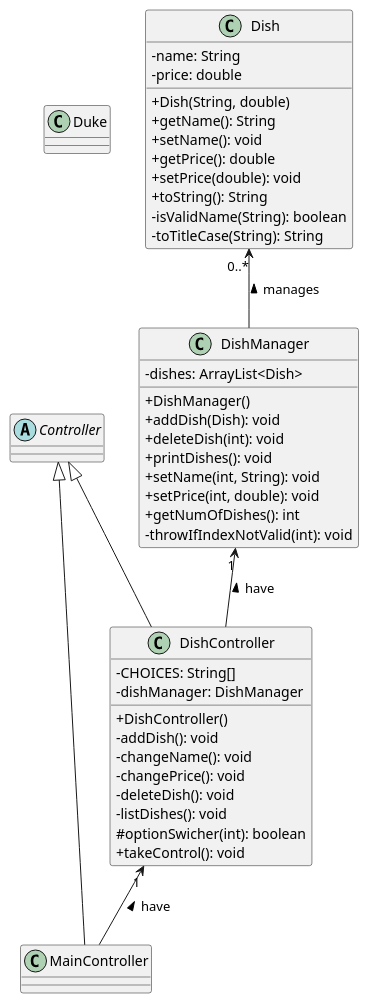
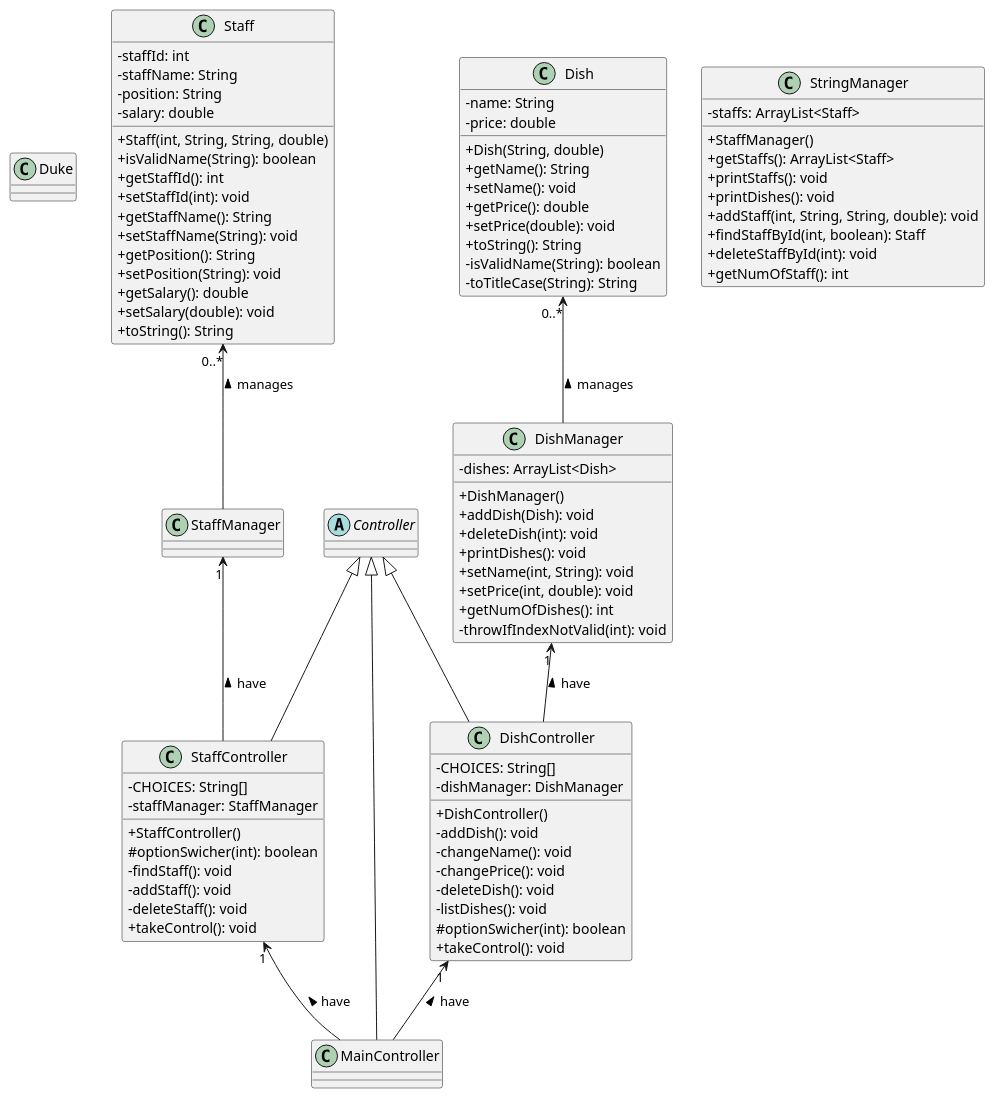
The diagram in docs/UML.puml (nus-cs2113-AY2122S2/tp), drawn with PlantUML before and after one commit.

Commit message:
UML diagram update for staff

```diff
--- a/docs/UML.puml
+++ b/docs/UML.puml
@@ -1,65 +1,114 @@
 @startuml
 'https://plantuml.com/class-diagram
 skinparam classAttributeIconSize 0
 
 class Duke {
 
 }
 
 class MainController {
 
 }
 Controller <|-- MainController
 DishController "1" <-- MainController: have <
 
 abstract class Controller {
 
 }
 
 
 class Dish {
     -name: String
     -price: double
     +Dish(String, double)
     +getName(): String
     +setName(): void
     +getPrice(): double
     +setPrice(double): void
     +toString(): String
     -isValidName(String): boolean
     -toTitleCase(String): String
 }
 
 class DishManager {
     -dishes: ArrayList<Dish>
     +DishManager()
     +addDish(Dish): void
     +deleteDish(int): void
     +printDishes(): void
     +setName(int, String): void
     +setPrice(int, double): void
     +getNumOfDishes(): int
     -throwIfIndexNotValid(int): void
 }
 Controller <|-- DishController
 
 
 class DishController {
     -CHOICES: String[]
     -dishManager: DishManager
     +DishController()
     -addDish(): void
     -changeName(): void
     -changePrice(): void
     -deleteDish(): void
     -listDishes(): void
     #optionSwicher(int): boolean
     +takeControl(): void
 }
 
 
 Dish "0..*" <-- DishManager: manages <
 
 DishManager "1" <-- DishController: have <
 
+class Staff {
+    -staffId: int
+    -staffName: String
+    -position: String
+    -salary: double
+    +Staff(int, String, String, double)
+    +isValidName(String): boolean
+    +getStaffId(): int
+    +setStaffId(int): void
+    +getStaffName(): String
+    +setStaffName(String): void
+    +getPosition(): String
+    +setPosition(String): void
+    +getSalary(): double
+    +setSalary(double): void
+    +toString(): String
+}
+
+class StringManager {
+    -staffs: ArrayList<Staff>
+    +StaffManager()
+    +getStaffs(): ArrayList<Staff>
+    +printStaffs(): void
+    +printDishes(): void
+    +addStaff(int, String, String, double): void
+    +findStaffById(int, boolean): Staff
+    +deleteStaffById(int): void
+    +getNumOfStaff(): int
+}
+
+class StaffController {
+    -CHOICES: String[]
+    -staffManager: StaffManager
+    +StaffController()
+    #optionSwicher(int): boolean
+    -findStaff(): void
+    -addStaff(): void
+    -deleteStaff(): void
+    +takeControl(): void
+}
+
+Controller <|-- StaffController
+
+StaffController "1" <-- MainController: have <
+
+Staff "0..*" <-- StaffManager: manages <
+
+StaffManager "1" <-- StaffController: have <
+
 @enduml
```
